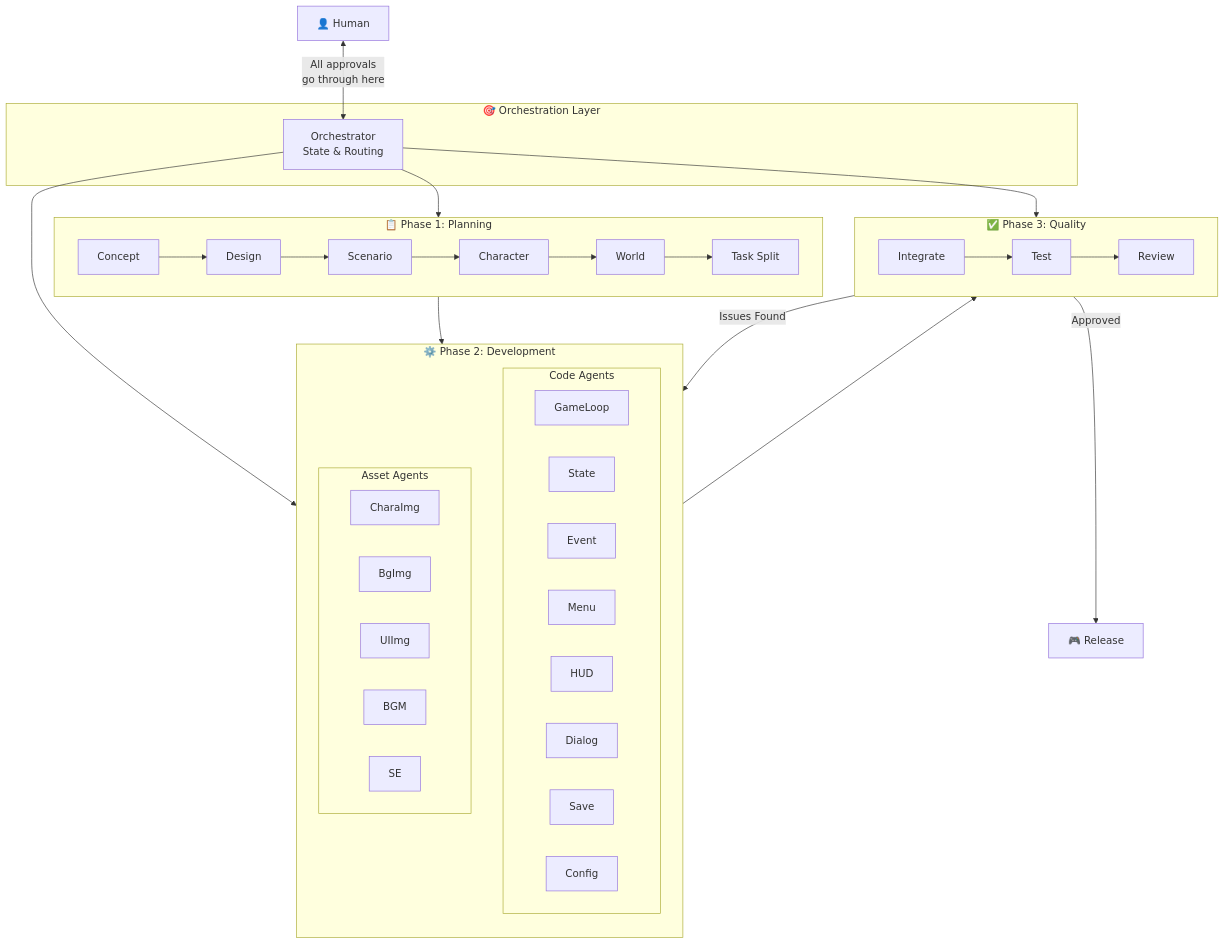
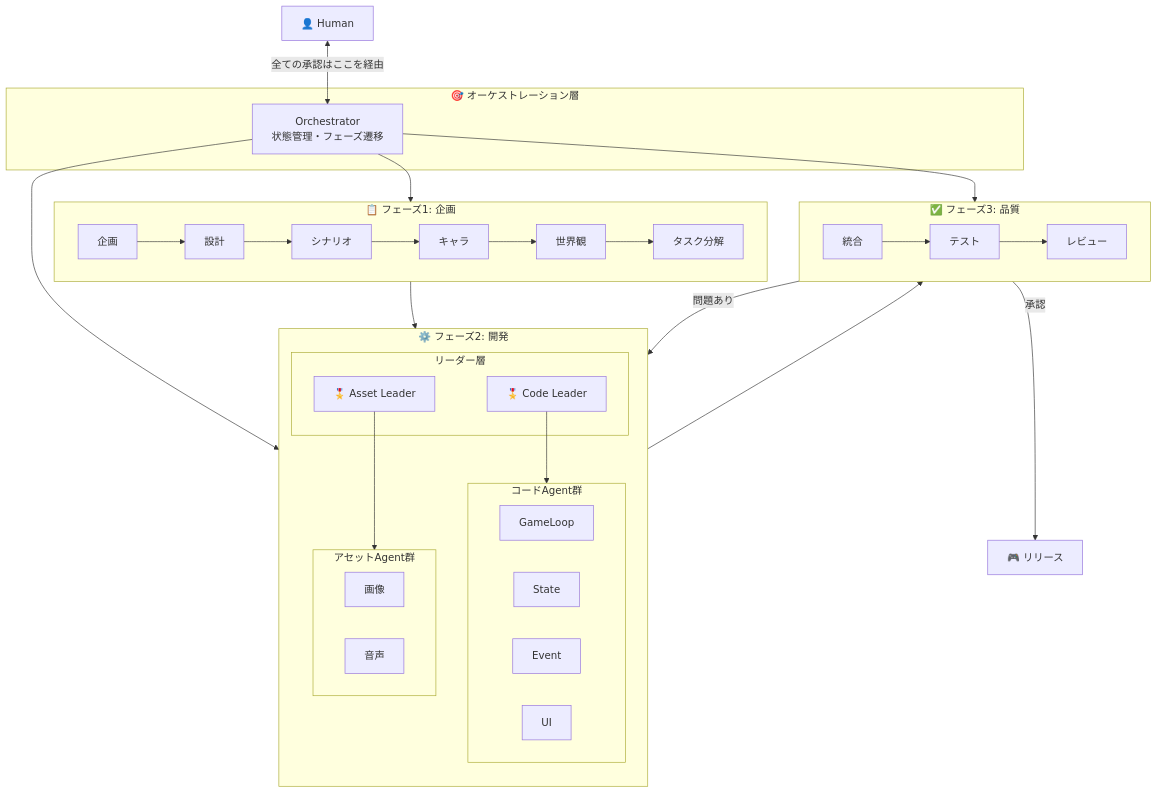
The first of 13 diagrams in langgraph/ARCHITECTURE.md (new-sankaku/toybox), drawn with Mermaid before and after one commit. The commit also changed other lines of this file, not shown here.

First line of the commit message:
Major architecture redesign with Leader agents and iteration model

````diff
--- a/langgraph/ARCHITECTURE.md
+++ b/langgraph/ARCHITECTURE.md
@@ -23,50 +25,53 @@
 ```mermaid
 flowchart TB
     Human["👤 Human"]
 
-    subgraph Orchestration["🎯 Orchestration Layer"]
-        Orch["Orchestrator<br/>State & Routing"]
+    subgraph Orchestration["🎯 オーケストレーション層"]
+        Orch["Orchestrator<br/>状態管理・フェーズ遷移"]
     end
 
-    Human <-->|"All approvals<br/>go through here"| Orch
+    Human <-->|"全ての承認はここを経由"| Orch
 
     Orch --> Phase1
     Orch --> Phase2
     Orch --> Phase3
 
-    subgraph Phase1["📋 Phase 1: Planning"]
+    subgraph Phase1["📋 フェーズ1: 企画"]
         direction LR
-        P1["Concept"] --> P2["Design"] --> P3["Scenario"] --> P4["Character"] --> P5["World"] --> P6["Task Split"]
+        P1["企画"] --> P2["設計"] --> P3["シナリオ"] --> P4["キャラ"] --> P5["世界観"] --> P6["タスク分解"]
     end
 
-    subgraph Phase2["⚙️ Phase 2: Development"]
+    subgraph Phase2["⚙️ フェーズ2: 開発"]
         direction TB
-        subgraph CodeGroup["Code Agents"]
+
+        subgraph Leaders["リーダー層"]
+            CL["🎖️ Code Leader"]
+            AL["🎖️ Asset Leader"]
+        end
+
+        subgraph CodeAgents["コードAgent群"]
             C1["GameLoop"]
             C2["State"]
             C3["Event"]
-            C4["Menu"]
-            C5["HUD"]
-            C6["Dialog"]
-            C7["Save"]
-            C8["Config"]
+            C4["UI"]
         end
-        subgraph AssetGroup["Asset Agents"]
-            A1["CharaImg"]
-            A2["BgImg"]
-            A3["UIImg"]
-            A4["BGM"]
-            A5["SE"]
+
+        subgraph AssetAgents["アセットAgent群"]
+            A1["画像"]
+            A2["音声"]
         end
+
+        CL --> CodeAgents
+        AL --> AssetAgents
     end
 
-    subgraph Phase3["✅ Phase 3: Quality"]
+    subgraph Phase3["✅ フェーズ3: 品質"]
         direction LR
-        Q1["Integrate"] --> Q2["Test"] --> Q3["Review"]
+        Q1["統合"] --> Q2["テスト"] --> Q3["レビュー"]
     end
 
     Phase1 --> Phase2
     Phase2 --> Phase3
-    Phase3 -->|"Issues Found"| Phase2
-    Phase3 -->|"Approved"| Done["🎮 Release"]
+    Phase3 -->|"問題あり"| Phase2
+    Phase3 -->|"承認"| Done["🎮 リリース"]
 ```
````
